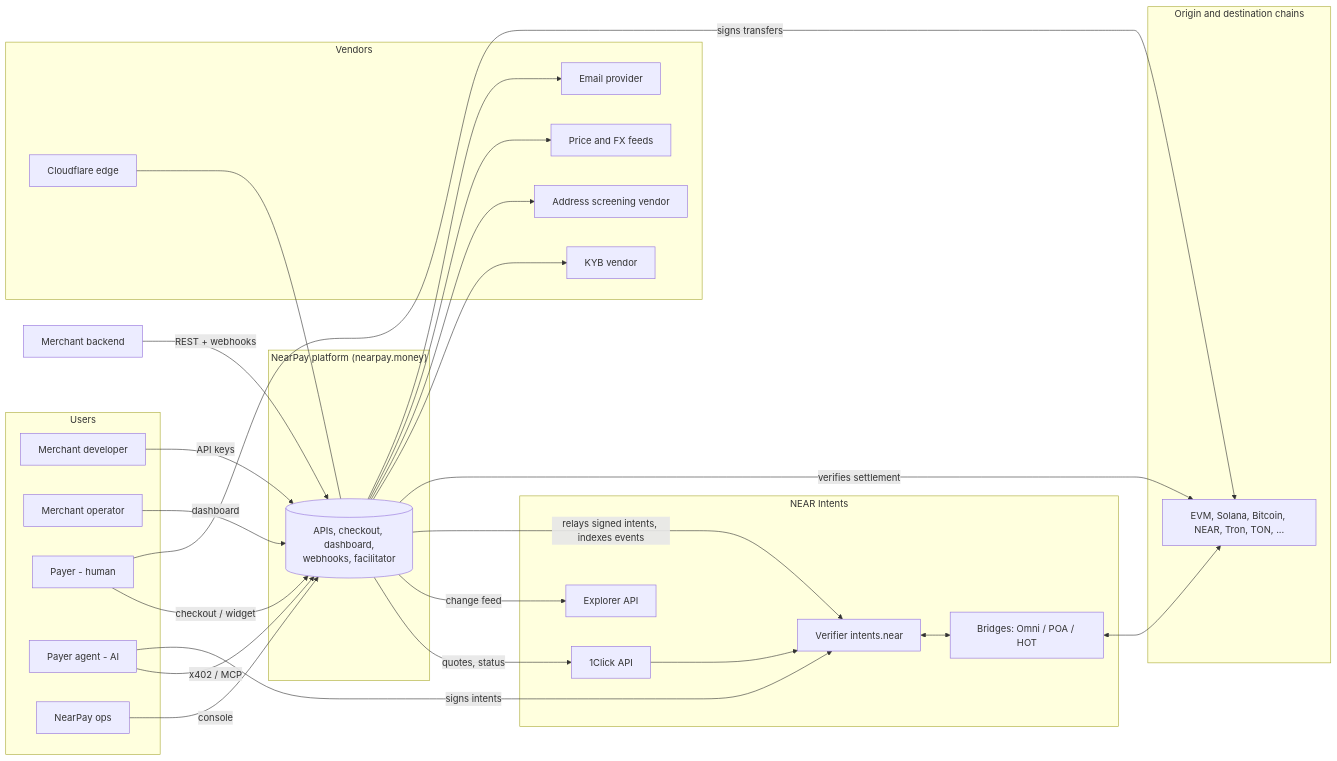
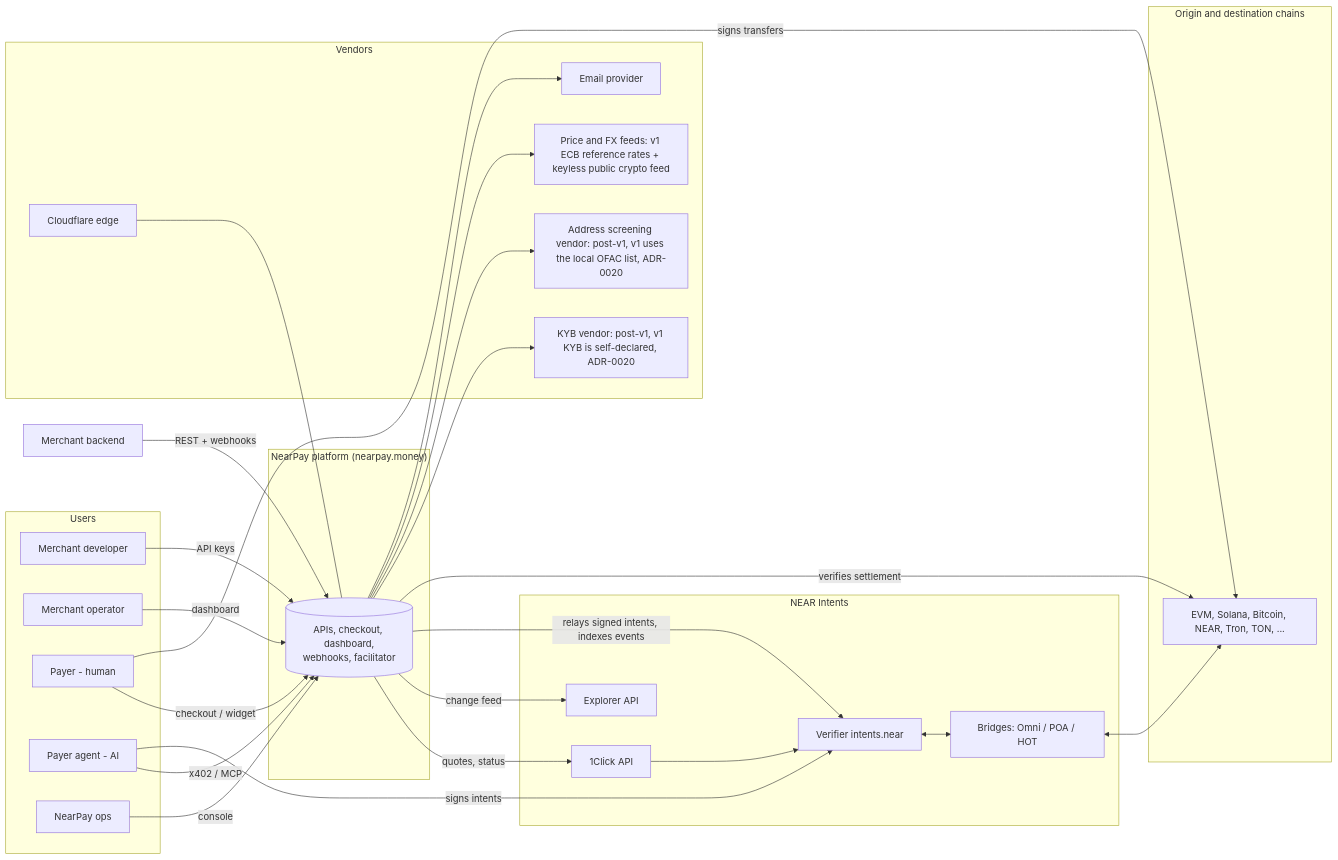
One commit to nearpay-money/nearpay-brain changed the first of 3 diagrams in architecture/hld.md. Above: the diagram before and after it, drawn with Mermaid. The commit also changed other lines of this file and 15 other files, not shown here.

First line of the commit message:
docs(decisions): ADR-0020 v1 delivery and vendor scope; development plan 1.2

````diff
--- a/architecture/hld.md
+++ b/architecture/hld.md
@@ -27,48 +27,48 @@
 ```mermaid
 flowchart LR
   subgraph Users
     MD[Merchant developer]
     MO[Merchant operator]
     PY[Payer - human]
     AG[Payer agent - AI]
     OPS[NearPay ops]
   end
   subgraph NearPay["NearPay platform (nearpay.money)"]
     NP[(APIs, checkout, dashboard,<br/>webhooks, facilitator)]
   end
   subgraph NEAR["NEAR Intents"]
     OC[1Click API]
     EX[Explorer API]
     VR[Verifier intents.near]
     BR[Bridges: Omni / POA / HOT]
   end
   subgraph Chains["Origin and destination chains"]
     CH[EVM, Solana, Bitcoin, NEAR, Tron, TON, ...]
   end
   subgraph Vendors
-    KYB[KYB vendor]
-    SCR[Address screening vendor]
-    PR[Price and FX feeds]
+    KYB["KYB vendor: post-v1, v1 KYB is self-declared, ADR-0020"]
+    SCR["Address screening vendor: post-v1, v1 uses the local OFAC list, ADR-0020"]
+    PR["Price and FX feeds: v1 ECB reference rates + keyless public crypto feed"]
     EM[Email provider]
     CF[Cloudflare edge]
   end
   MS[Merchant backend]
 
   MD -- API keys --> NP
   MS -- REST + webhooks --> NP
   MO -- dashboard --> NP
   PY -- checkout / widget --> NP
   AG -- x402 / MCP --> NP
   OPS -- console --> NP
   PY -- signs transfers --> CH
   AG -- signs intents --> VR
   NP -- quotes, status --> OC
   NP -- change feed --> EX
   NP -- relays signed intents, indexes events --> VR
   NP -- verifies settlement --> CH
   OC --> VR
   VR <--> BR
   BR <--> CH
   NP --> KYB & SCR & PR & EM
   CF --- NP
 ```
````
